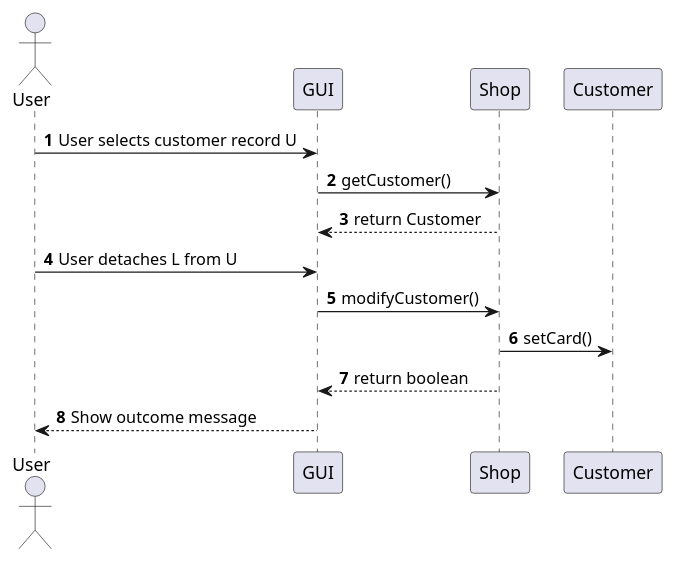
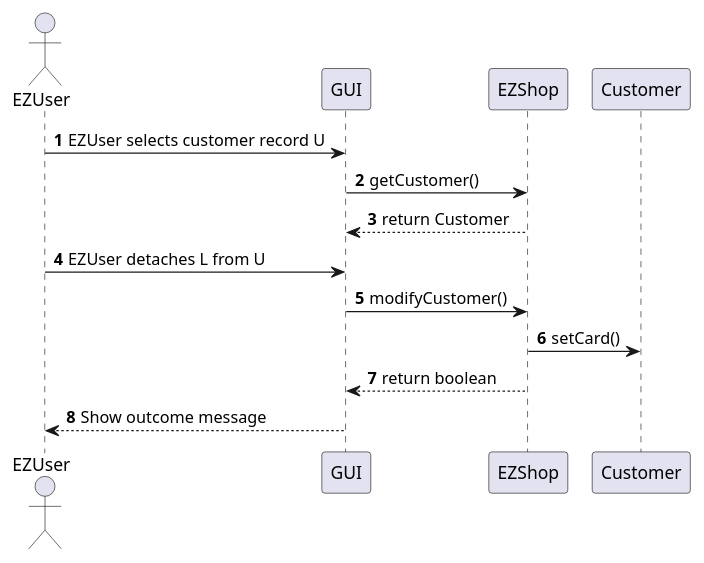
Before and after one commit to Stormz4/group20-EzShop: diagram 14 of 24 in Deliverables/DesignDocument.md, drawn with PlantUML. The commit also changed other lines of this file and 3 other files, not shown here.

````diff
--- a/Deliverables/DesignDocument.md
+++ b/Deliverables/DesignDocument.md
@@ -579,14 +576,14 @@
 ```plantuml
 @startuml
-Actor User
+Actor EZUser
 autonumber
-User -> GUI: User selects customer record U
-GUI -> Shop: getCustomer()
-Shop --> GUI: return Customer
-User -> GUI: User detaches L from U
-GUI -> Shop: modifyCustomer()
-Shop -> Customer: setCard()
-Shop --> GUI: return boolean
-GUI --> User: Show outcome message 
+EZUser -> GUI: EZUser selects customer record U
+GUI -> EZShop: getCustomer()
+EZShop --> GUI: return Customer
+EZUser -> GUI: EZUser detaches L from U
+GUI -> EZShop: modifyCustomer()
+EZShop -> Customer: setCard()
+EZShop --> GUI: return boolean
+GUI --> EZUser: Show outcome message 
 @enduml
 ```
````
